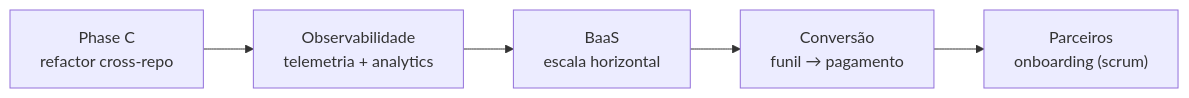
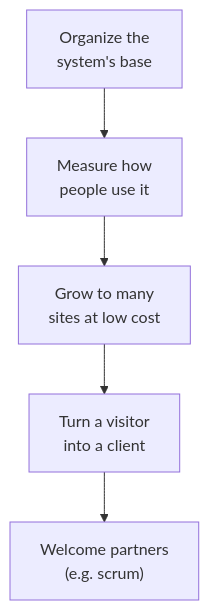
The third of 3 diagrams in docs/scrum-retrospective.en.md (artelonga/ArteLonga), drawn with Mermaid before and after one commit. The commit also changed other lines of this file and 43 other files, not shown here.

First line of the commit message:
feat(docs): diagramas simples e legíveis (sem jargão) em todas as docs (#89)

````diff
--- a/docs/scrum-retrospective.en.md
+++ b/docs/scrum-retrospective.en.md
@@ -93,4 +91,7 @@
 ```mermaid
-flowchart LR
-  P1["Phase C<br/>refactor cross-repo"] --> P2["Observabilidade<br/>telemetria + analytics"] --> P3["BaaS<br/>escala horizontal"] --> P4["Conversão<br/>funil → pagamento"] --> P5["Parceiros<br/>onboarding (scrum)"]
+flowchart TB
+  P1["Organize the<br/>system's base"] --> P2["Measure how<br/>people use it"]
+  P2 --> P3["Grow to many<br/>sites at low cost"]
+  P3 --> P4["Turn a visitor<br/>into a client"]
+  P4 --> P5["Welcome partners<br/>(e.g. scrum)"]
 ```
````
